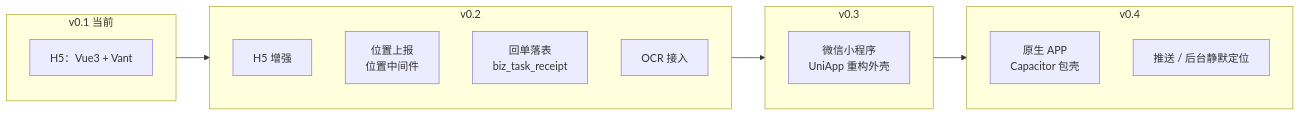
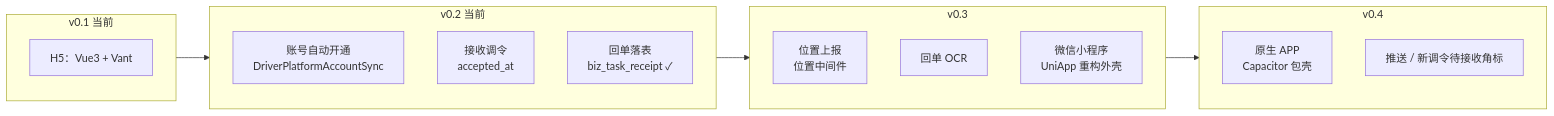
The sixth of 6 diagrams in 项目文档/01.架构设计/驾驶员H5架构设计.md (lei-happy/duoling), drawn with Mermaid before and after one commit. The commit also changed other lines of this file and 31 other files, not shown here.

Commit message:
新增任务回单功能，创建任务回单模型及相关服务，支持司机上传回单图片并持久化到数据库。更新API以实现回单的上传、查询和删除功能，同时调整文件上传路由以支持新场景。确保与现有任务管理流程的兼容性。

````diff
--- a/项目文档/01.架构设计/驾驶员H5架构设计.md
+++ b/项目文档/01.架构设计/驾驶员H5架构设计.md
@@ -286,21 +348,22 @@
 ```mermaid
 flowchart LR
     subgraph V01 [v0.1 当前]
         H5[H5：Vue3 + Vant]
     end
-    subgraph V02 [v0.2]
-        H5p[H5 增强]
-        Geo[位置上报<br>位置中间件]
-        Receipt[回单落表<br>biz_task_receipt]
-        OCR[OCR 接入]
+    subgraph V02 [v0.2 当前]
+        Acct[账号自动开通<br>DriverPlatformAccountSync]
+        Accept[接收调令<br>accepted_at]
+        Receipt[回单落表<br>biz_task_receipt ✓]
     end
     subgraph V03 [v0.3]
+        Geo[位置上报<br>位置中间件]
+        OCR[回单 OCR]
         MP[微信小程序<br>UniApp 重构外壳]
     end
     subgraph V04 [v0.4]
         APP[原生 APP<br>Capacitor 包壳]
-        PUSH[推送 / 后台静默定位]
+        PUSH[推送 / 新调令待接收角标]
     end
 
     V01 --> V02 --> V03 --> V04
 ```
````
